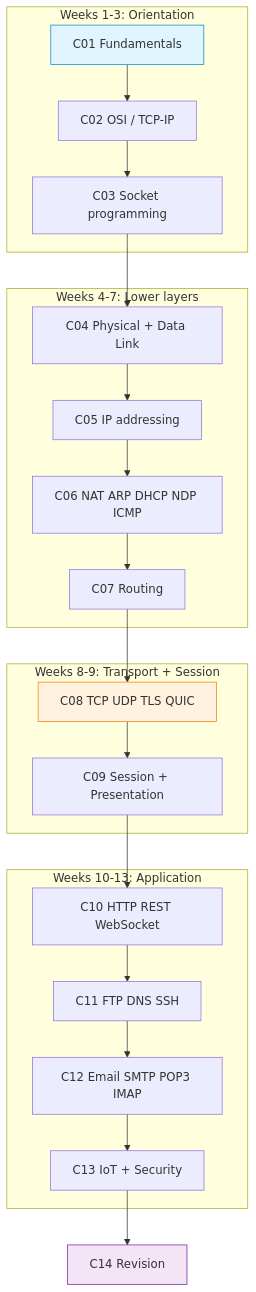
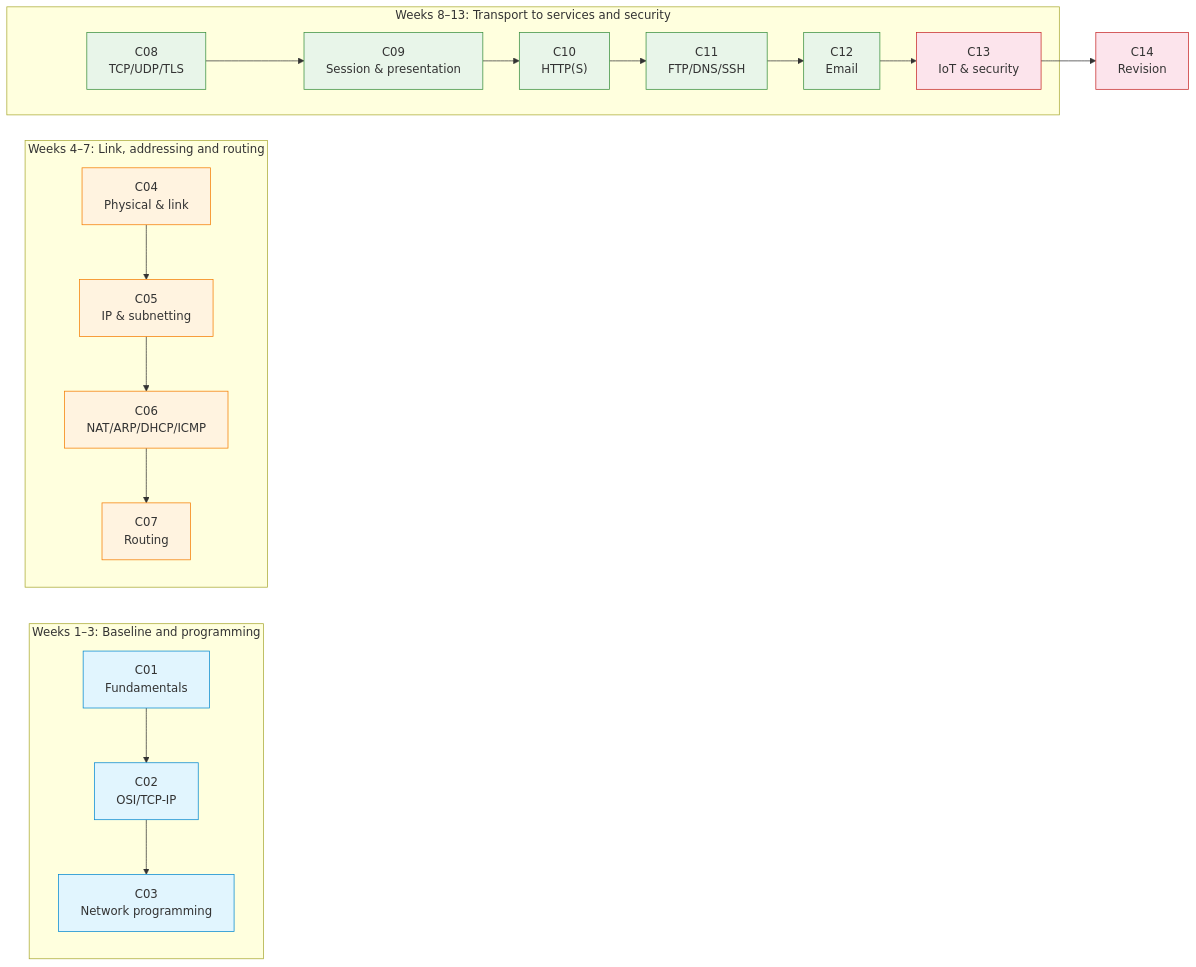
Before and after one commit to antonioclim/COMPNET-EN: the diagram in 03_LECTURES/README.md, drawn with Mermaid. The commit also changed other lines of this file, not shown here.

````diff
--- a/03_LECTURES/README.md
+++ b/03_LECTURES/README.md
@@ -28,35 +27,45 @@
 ```mermaid
-graph TD
-    subgraph "Weeks 1-3: Orientation"
-        C01["C01 Fundamentals"]
-        C02["C02 OSI / TCP-IP"]
-        C03["C03 Socket programming"]
+graph LR
+    subgraph "Weeks 1–3: Baseline and programming"
+        C01["C01
+Fundamentals"] --> C02["C02
+OSI/TCP-IP"] --> C03["C03
+Network programming"]
     end
-    subgraph "Weeks 4-7: Lower layers"
-        C04["C04 Physical + Data Link"]
-        C05["C05 IP addressing"]
-        C06["C06 NAT ARP DHCP NDP ICMP"]
-        C07["C07 Routing"]
+
+    subgraph "Weeks 4–7: Link, addressing and routing"
+        C04["C04
+Physical & link"] --> C05["C05
+IP & subnetting"] --> C06["C06
+NAT/ARP/DHCP/ICMP"] --> C07["C07
+Routing"]
     end
-    subgraph "Weeks 8-9: Transport + Session"
-        C08["C08 TCP UDP TLS QUIC"]
-        C09["C09 Session + Presentation"]
+
+    subgraph "Weeks 8–13: Transport to services and security"
+        C08["C08
+TCP/UDP/TLS"] --> C09["C09
+Session & presentation"] --> C10["C10
+HTTP(S)"] --> C11["C11
+FTP/DNS/SSH"] --> C12["C12
+Email"] --> C13["C13
+IoT & security"]
     end
-    subgraph "Weeks 10-13: Application"
-        C10["C10 HTTP REST WebSocket"]
-        C11["C11 FTP DNS SSH"]
-        C12["C12 Email SMTP POP3 IMAP"]
-        C13["C13 IoT + Security"]
-    end
-    C14["C14 Revision"]
 
-    C01 --> C02 --> C03
-    C03 --> C04 --> C05 --> C06 --> C07
-    C07 --> C08 --> C09
-    C09 --> C10 --> C11 --> C12 --> C13
-    C13 --> C14
+    C13 --> C14["C14
+Revision"]
 
     style C01 fill:#e1f5fe,stroke:#0288d1
-    style C08 fill:#fff3e0,stroke:#f57c00
-    style C14 fill:#f3e5f5,stroke:#7b1fa2
+    style C02 fill:#e1f5fe,stroke:#0288d1
+    style C03 fill:#e1f5fe,stroke:#0288d1
+    style C04 fill:#fff3e0,stroke:#f57c00
+    style C05 fill:#fff3e0,stroke:#f57c00
+    style C06 fill:#fff3e0,stroke:#f57c00
+    style C07 fill:#fff3e0,stroke:#f57c00
+    style C08 fill:#e8f5e9,stroke:#388e3c
+    style C09 fill:#e8f5e9,stroke:#388e3c
+    style C10 fill:#e8f5e9,stroke:#388e3c
+    style C11 fill:#e8f5e9,stroke:#388e3c
+    style C12 fill:#e8f5e9,stroke:#388e3c
+    style C13 fill:#fce4ec,stroke:#c62828
+    style C14 fill:#fce4ec,stroke:#c62828
 ```
````
